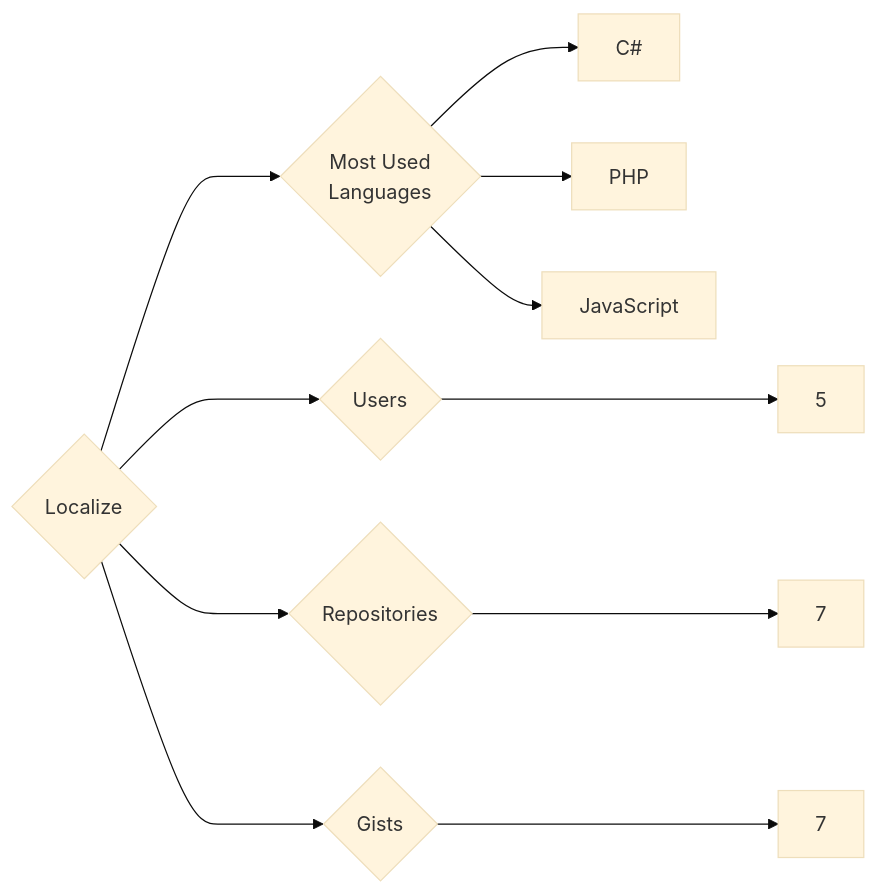
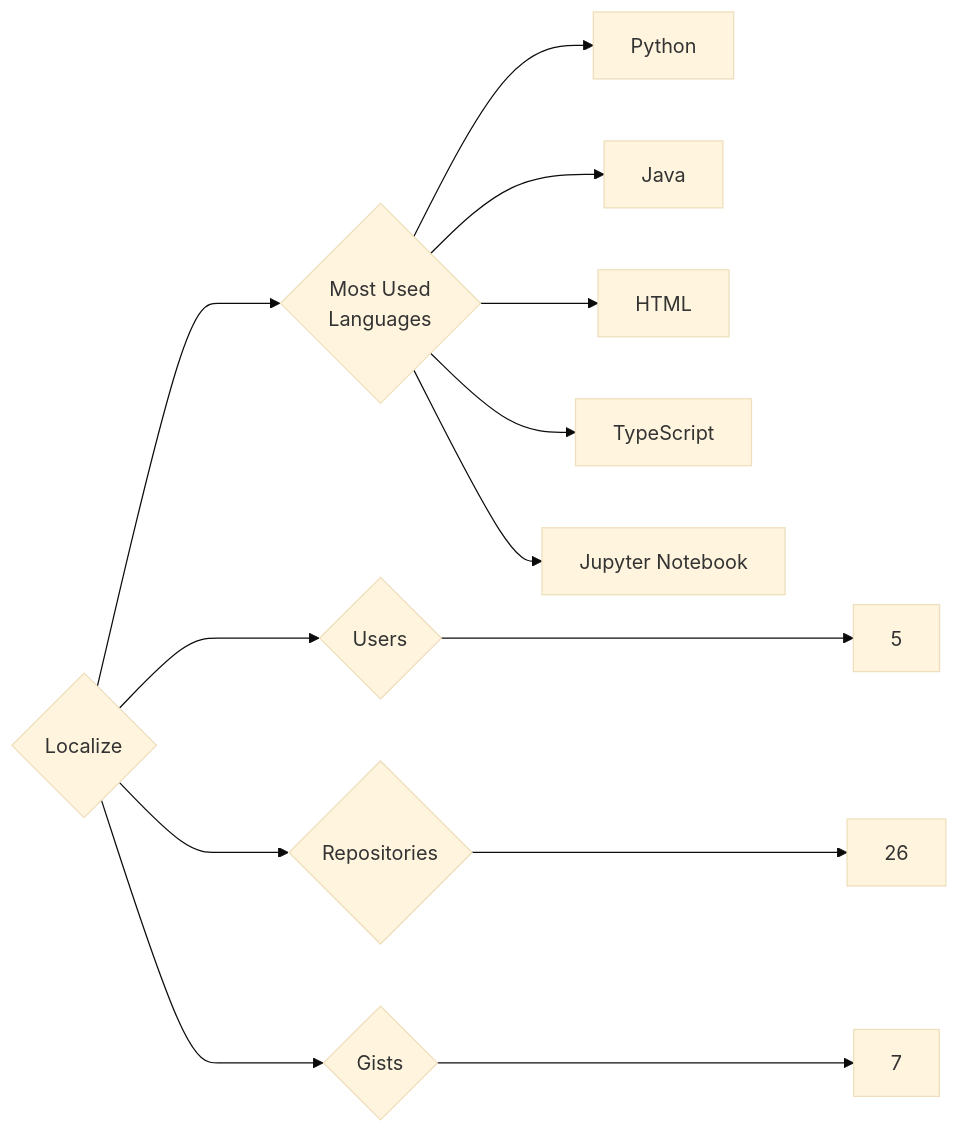
The diagram in targets/Localize/README.md (trickest/insiders), drawn with Mermaid (base theme) before and after one commit. The commit also changed 823 other files, not shown here.

````diff
--- a/targets/Localize/README.md
+++ b/targets/Localize/README.md
@@ -3,11 +3,13 @@
 ```mermaid
 graph LR
 COMPANY_NAME{Localize}
 COMPANY_NAME ---> U{Users} ---> UN[5]
-COMPANY_NAME ---> R{Repositories} ---> RN[7]
+COMPANY_NAME ---> R{Repositories} ---> RN[26]
 COMPANY_NAME ---> G{Gists} ---> GN[7]
 COMPANY_NAME ---> ML{Most Used<br>Languages}
-ML --> C#[C#]
-ML --> PHP[PHP]
-ML --> JavaScript[JavaScript]
+ML --> Python[Python]
+ML --> Java[Java]
+ML --> HTML[HTML]
+ML --> TypeScript[TypeScript]
+ML --> Jupyter_Notebook[Jupyter Notebook]
 ```
````
